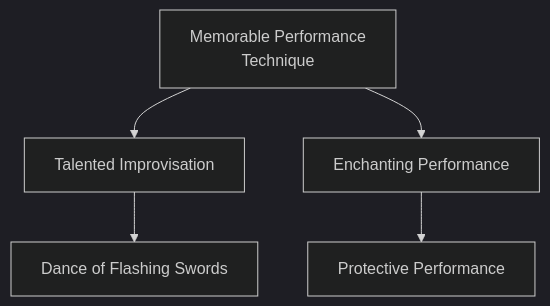
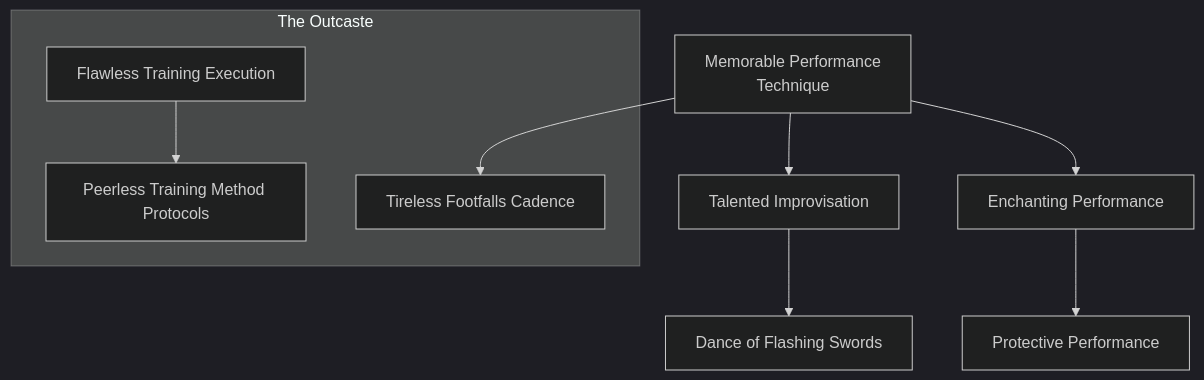
The diagram in docs/mermaid/dragon_blooded/wood_performance_1.mmd (jrobichaud/exalted-charms-1e), drawn with Mermaid before and after one commit. The commit also changed 3 other files, not shown here.

Commit message:
Kingdom of Halta spirit charms The Outcaste dragon-blooded charms

```diff
--- a/docs/mermaid/dragon_blooded/wood_performance_1.mmd
+++ b/docs/mermaid/dragon_blooded/wood_performance_1.mmd
@@ -151,3 +151,145 @@
         • Add two additional soak, both lethal and bashing,
         against ranged attacks.
         "
+
+    subgraph The Outcaste
+        tireless_footfalls_cadence[Tireless Footfalls Cadence]
+        click tireless_footfalls_cadence callback "
+            Tireless Footfalls Cadence<br>
+            <br>
+            Cost: 2 motes per fang<br>
+            Duration: Instant<br>
+            Type: Simple<br>
+            Minimum Performance: 3<br>
+            Minimum Essence: 2<br>
+            Prerequisite Charms: Memorable Performance Technique<br>
+            <br>
+            The songs of the Dragon-Blooded can inspire even
+            the most slovenly unit to incredible feats of endurance. As
+            her unit sets out upon the road (the song must be started
+            with the march), the Terrestrial raises her voice in song,
+            singing tales of the unit's glory, the prodigious feats it has
+            accomplished and the justified vengeance it is going to
+            wreak upon the enemy when it arrives. As she sings, her
+            soldiers find their loads lightened, their resolve stiffened
+            and the journey less onerous.<br>
+            So long as she continues singing, her unit gains a
+            number of automatic successes equal to her Permanent
+            Essence - 2 (minimum 1) on all fatigue checks, and its rate
+            of travel is doubled. This feat can only be performed for
+            infantry units, and a single Dragon-Blooded can only
+            affect a number of fangs equal to her permanent Essence +
+            2, but the Charm is synergistic (see p. 45). Motes spent on
+            this Charm are committed — a Dragon-Blood can keep
+            the Charm working for a number of hours equal to her
+            permanent Essence + Stamina.
+            "
+
+        flawless_training_execution[Flawless Training Execution]
+        click flawless_training_execution callback "
+            Flawless Training Execution<br>
+            <br>
+            Cost: 5 motes, 1 Willpower, plus 1 mote and 1 committed mote per fang trained<br>
+            Duration: Two months<br>
+            Type: Simple<br>
+            Minimum Performance: 2<br>
+            Minimum Essence: 2<br>
+            Prerequisite Charms: None<br>
+            <br>
+            This Charm allows the Dragon-Blooded to execute
+            a training plan developed by Charms higher in this tree.
+            With the Charm in effect, the Exalt can flawlessly lead
+            drills, impart knowledge and teach classes without error.
+            A single Dragon-Blooded can train a number of
+            fangs equal to his Permanent Essence, but this Charm is
+            synergistic (see p. 45) — groups of Terrestrials working
+            in concert can train large units of troops quickly. Each
+            use of this Charm requires a training program or protocol
+            developed with the Peerless Training Method
+            Protocols or other Charms — a Dragon-Blooded can
+            memorize a number of training programs at one time
+            equal to his permanent Essence. While this Charm is in
+            use, 1 mote of Essence per fang trained is committed to
+            its continued operation - these motes are released
+            when the program is complete.
+            "
+
+        peerless_training_method_protocols[Peerless Training Method Protocols]
+        click peerless_training_method_protocols callback "
+            Peerless Training Method Protocols<br>
+            <br>
+            Cost: 7 motes, 1 Willpower<br>
+            Duration: One month per dot of permanent Essence, or until training program is used<br>
+            Type: Simple<br>
+            Minimum Performance: 3<br>
+            Minimum Essence: 2<br>
+            Prerequisite Charms: Flawless Training Execution<br>
+            <br>
+            During the First Age, the Dragon-Blooded relied
+            on the Celestial Exalted and their superior training
+            methods to bring knowledge to the people and acted as
+            facilitators, rather than designers, of training programs.
+            When the Usurpation was being planned, the
+            Terrestrial Exalted developed this family of Charms as
+            a way to secretly train commandos and soldiers for
+            their war, and the Dragon-Bloods have continued to
+            refine the process ever since.<br>
+            Like the Sense-Destroying Methods, this Charm is
+            actually a family of Charms that work in an identical
+            fashion — five examples of the Charms available are listed
+            in the Protocols sidebar on this page, but others are known,
+            and more can be developed as needed. Using one of these
+            Charms, a skilled Dragon-Blood can develop a training
+            program to improve those undergoing the program in
+            specific areas — she can teach civilians how to be soldiers,
+            teach disaster recovery techniques or impart the fundamentals
+            of nearly any task.<br>
+            To use these Charms, the Terrestrial develops a
+            training program — this requires one week, minus one
+            day for each dot of permanent Essence over 2 (so a
+            Dragon-Blooded with Essence 4 can develop a training
+            program in five days). At the end of this time, the
+            Charm's user commits the plan to record on paper, and
+            his player rolls the character's Intelligence + Performance,
+            against a difficulty of 4. If the Charm is successful,
+            the plan will raise one Ability listed to 3, two Abilities to
+            2 and the remaining Abilities to 1 each, add one dot to
+            an Attribute listed and raise one of the Virtues listed by
+            one. Extra successes can be used to buy specialties for the
+            Abilities raised - each extra success equals one specialty.
+            No more than two specialties can be gained in this
+            fashion. A failed roll indicates a training plan that simply
+            will not work — the time and Essence spent is lost. A
+            botched roll indicates a training plan that is subtly flawed
+            in some fashion — it cannot work, but this will not
+            become evident until it is implemented in the field by
+            being used by someone with the Flawless Training Ex-
+            ecution Charm. This will typically be noticeable within
+            the first week of training, but particularly bad botches
+            may take weeks to become evident.<br>
+            The Abilities gained by this Charm are not additive
+            - if a character has more dots in that Ability than the
+            training program would provide, she gains no benefit
+            (though she may still gain any attached specialties, if she
+            has less than three). These Charms cannot raise Attributes
+            above 3, Virtues above 2 or Willpower above 8 (these stats
+            can be raised later through experience). A given character
+            can only benefit from a single Charm in this tree once but
+            can be the recipient of multiple different Charms (so a
+            character could receive the Combat Drill Protocol and
+            then the Officer Readiness Training Protocol). This Charm
+            has no effect whatsoever on individuals with an Essence
+            higher than 1.<br>
+            Each training program is unique and can only be
+            used once — if a developer wants to hand a training
+            program to two subordinates, he must use this Charm
+            twice and develop two different programs. A Dragon-
+            Blooded can develop as many training programs as he
+            likes, but each requires 2 committed motes of Essence to
+            remain viable - these motes are returned when some-
+            one with the Flawless Training Execution Charm uses
+            the training program.
+            "
+    end
+    memorable_performance_technique --> tireless_footfalls_cadence
+    flawless_training_execution --> peerless_training_method_protocols
```
